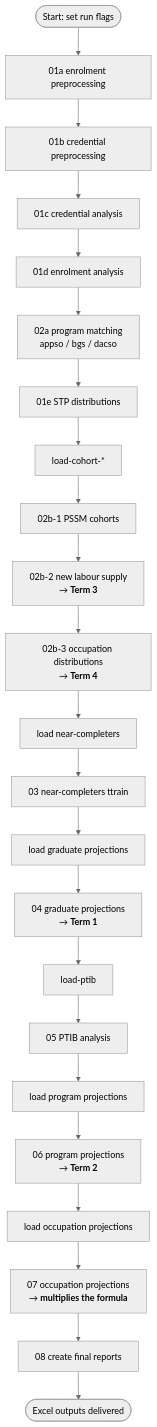
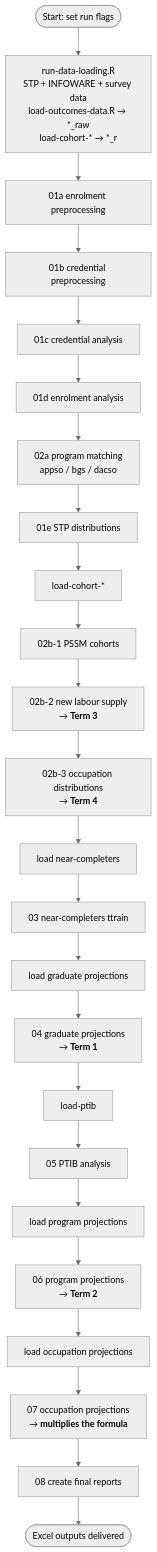
The second of 5 diagrams in docs/project-summary-for-new-analyst.md (bcgov/post-secondary-supply-model), drawn with Mermaid (neutral theme) before and after one commit. The commit also changed other lines of this file and 7 other files, not shown here.

````diff
--- a/docs/project-summary-for-new-analyst.md
+++ b/docs/project-summary-for-new-analyst.md
@@ -135,32 +162,33 @@
 ```mermaid
 flowchart TD
-    Start([Start: set run flags]) --> S01a[01a enrolment preprocessing]
+    Start([Start: set run flags]) --> LD[run-data-loading.R<br/>STP + INFOWARE + survey data<br/>load-outcomes-data.R → *_raw<br/>load-cohort-* → *_r]
+    LD --> S01a[01a enrolment preprocessing]
     S01a --> S01b[01b credential preprocessing]
     S01b --> S01c[01c credential analysis]
     S01c --> S01d[01d enrolment analysis]
 
     S01d --> S02a[02a program matching<br/>appso / bgs / dacso]
     S02a --> S01e[01e STP distributions]
     S01e --> L02b[load-cohort-*]
 
     L02b --> S02b1[02b-1 PSSM cohorts]
     S02b1 --> S02b2[02b-2 new labour supply<br/>→ <b>Term 3</b>]
     S02b2 --> S02b3[02b-3 occupation distributions<br/>→ <b>Term 4</b>]
 
     S02b3 --> LNC[load near-completers]
     LNC --> S03[03 near-completers ttrain]
 
     S03 --> LGP[load graduate projections]
     LGP --> S04[04 graduate projections<br/>→ <b>Term 1</b>]
 
     S04 --> LPT[load-ptib]
     LPT --> S05[05 PTIB analysis]
 
     S05 --> LPP[load program projections]
     LPP --> S06[06 program projections<br/>→ <b>Term 2</b>]
 
     S06 --> LOP[load occupation projections]
     LOP --> S07[07 occupation projections<br/>→ <b>multiplies the formula</b>]
     S07 --> S08[08 create final reports]
     S08 --> Done([Excel outputs delivered])
 ```
````
